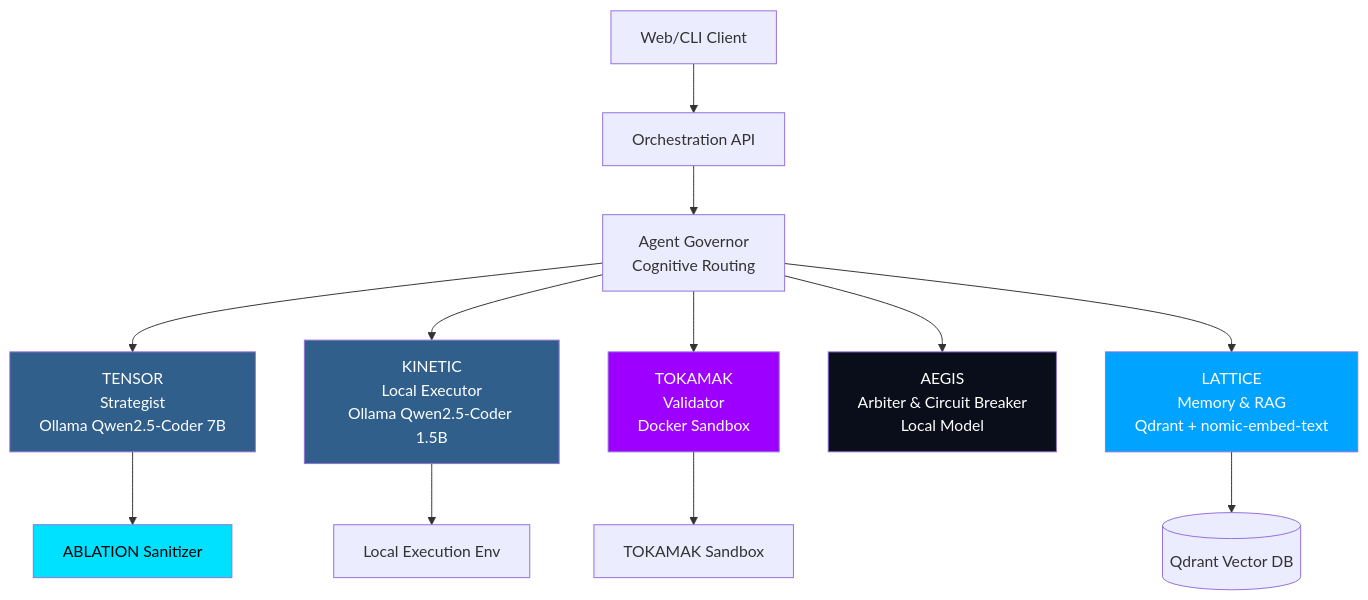
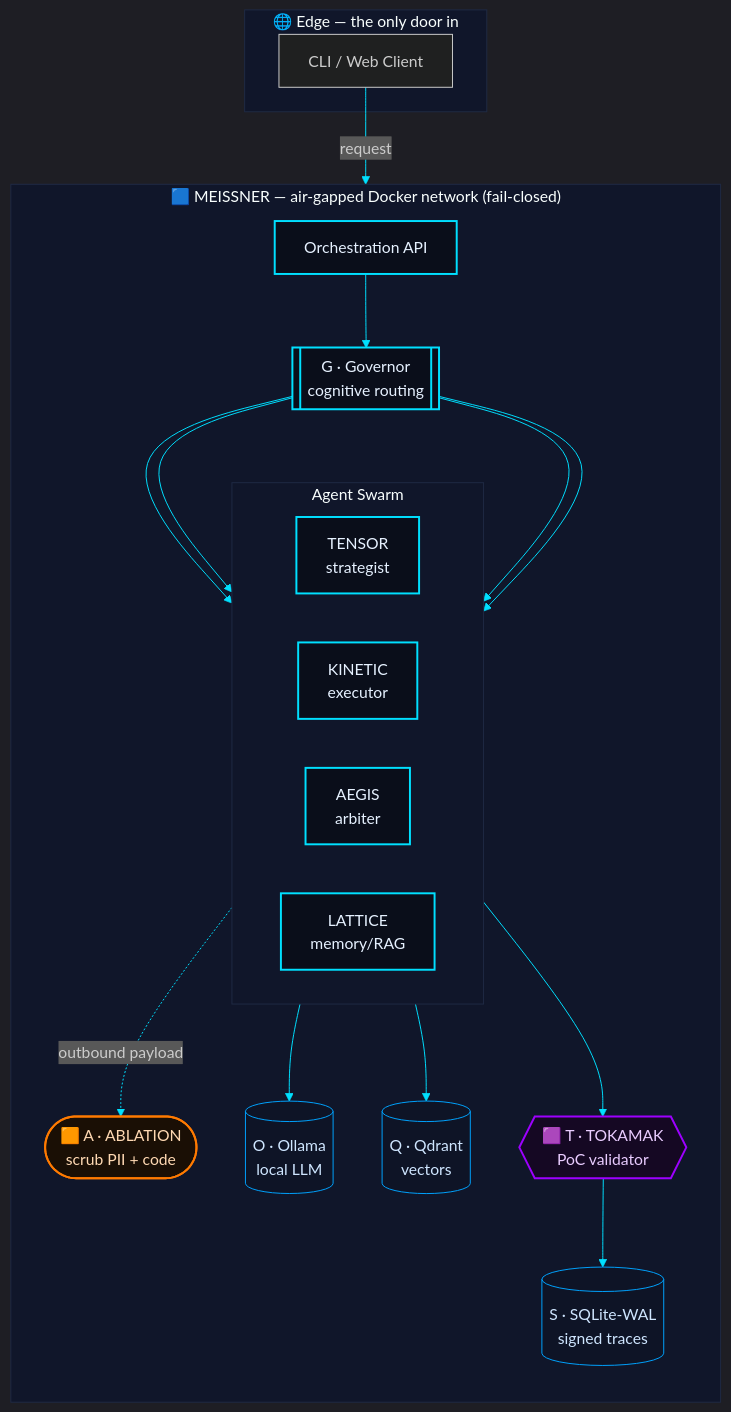
The first of 3 diagrams in docs/architecture/hld-diagram.md (moaidmoatasem/mithaq-professional), drawn with Mermaid before and after one commit. The commit also changed other lines of this file and 1 other file, not shown here.

First line of the commit message:
docs(architecture): rewrite HLD as three cosy-dark lenses

````diff
--- a/docs/architecture/hld-diagram.md
+++ b/docs/architecture/hld-diagram.md
@@ -5,22 +36,48 @@
 ```mermaid
-graph TD
-    Client[Web/CLI Client] --> Orchestrator[Orchestration API]
-    Orchestrator --> AgentGovernor[Agent Governor\nCognitive Routing]
-    AgentGovernor --> TENSOR[TENSOR\nStrategist\nOllama Qwen2.5-Coder 7B]
-    AgentGovernor --> KINETIC[KINETIC\nLocal Executor\nOllama Qwen2.5-Coder 1.5B]
-    AgentGovernor --> TOKAMAK[TOKAMAK\nValidator\nDocker Sandbox]
-    AgentGovernor --> AEGIS[AEGIS\nArbiter & Circuit Breaker\nLocal Model]
-    AgentGovernor --> LATTICE[LATTICE\nMemory & RAG\nQdrant + nomic-embed-text]
+%%{init: {'theme':'dark','themeVariables':{
+  'fontFamily':'ui-monospace, SFMono-Regular, monospace',
+  'primaryColor':'#0A0E1A','primaryTextColor':'#E6F1FF',
+  'lineColor':'#00E0FF','clusterBkg':'#10162A','clusterBorder':'#1F2A44'
+}}}%%
+flowchart TB
+    subgraph EDGE["🌐 Edge — the only door in"]
+        CLI[CLI / Web Client]
+    end
 
-    TENSOR --> Sanitizer[ABLATION Sanitizer]
-    KINETIC --> LocalEnv[Local Execution Env]
-    TOKAMAK --> Sandbox[TOKAMAK Sandbox]
-    LATTICE --> VectorStore[(Qdrant Vector DB)]
+    subgraph M["🟦 MEISSNER — air-gapped Docker network (fail-closed)"]
+        direction TB
+        API[Orchestration API]
+        G[["G · Governor<br/>cognitive routing"]]
 
-    style TENSOR fill:#2F5F8A,color:#fff
-    style KINETIC fill:#2F5F8A,color:#fff
-    style TOKAMAK fill:#9D00FF,color:#fff
-    style AEGIS fill:#0A0E1A,color:#fff
-    style LATTICE fill:#00A3FF,color:#fff
-    style Sanitizer fill:#00E0FF,color:#000
+        subgraph AGENTS["Agent Swarm"]
+            direction LR
+            TENSOR[TENSOR<br/>strategist]
+            KINETIC[KINETIC<br/>executor]
+            AEGIS[AEGIS<br/>arbiter]
+            LATTICE[LATTICE<br/>memory/RAG]
+        end
+
+        A(["🟧 A · ABLATION<br/>scrub PII + code"])
+        T{{"🟪 T · TOKAMAK<br/>PoC validator"}}
+        O[(O · Ollama<br/>local LLM)]
+        Q[(Q · Qdrant<br/>vectors)]
+        S[(S · SQLite-WAL<br/>signed traces)]
+    end
+
+    CLI -->|request| API --> G
+    G --> TENSOR & KINETIC & AEGIS & LATTICE
+    TENSOR -.->|outbound payload| A
+    KINETIC --> O
+    LATTICE --> Q
+    AEGIS --> T
+    T --> S
+
+    classDef meissner fill:#0A0E1A,stroke:#00E0FF,stroke-width:2px,color:#E6F1FF
+    classDef ablation fill:#1A0F05,stroke:#FF7A00,stroke-width:2px,color:#FFD9B3
+    classDef tokamak  fill:#150823,stroke:#9D00FF,stroke-width:2px,color:#E9CCFF
+    classDef store    fill:#0E1426,stroke:#00A3FF,stroke-width:1px,color:#CFE6FF
+    class API,G,TENSOR,KINETIC,AEGIS,LATTICE meissner
+    class A ablation
+    class T tokamak
+    class O,Q,S store
 ```
````
